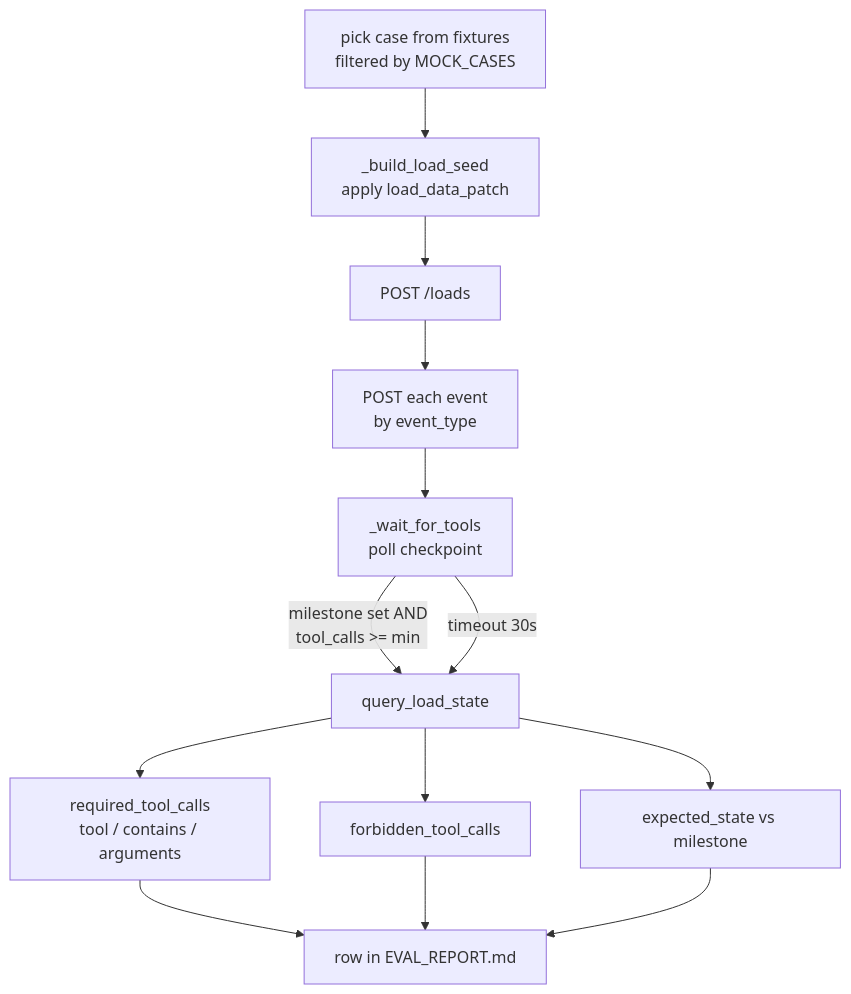
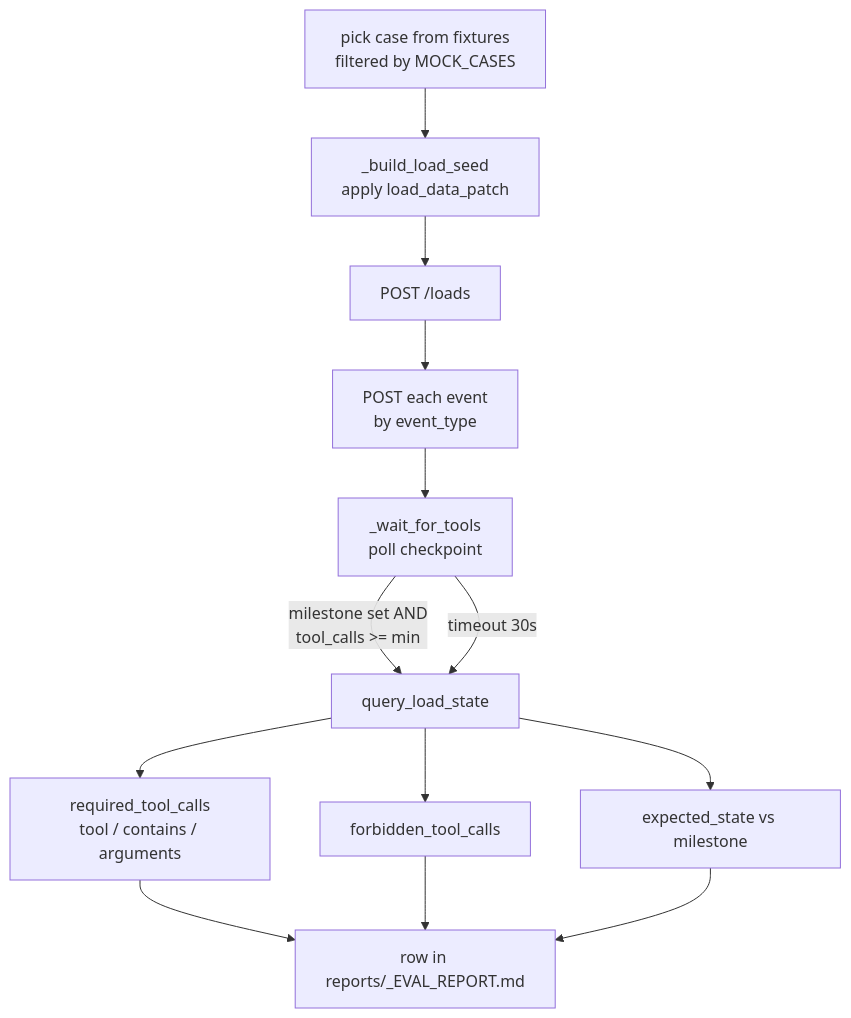
One commit to agualbbus/fh-challenge changed the second of 2 diagrams in evals/README.md. Above: the diagram before and after it, drawn with Mermaid. The commit also changed other lines of this file and 6 other files, not shown here.

````diff
--- a/evals/README.md
+++ b/evals/README.md
@@ -96,15 +96,15 @@
 ```mermaid
 flowchart TD
     pickCase["pick case from fixtures<br/>filtered by MOCK_CASES"] --> buildSeed["_build_load_seed<br/>apply load_data_patch"]
     buildSeed --> postLoads["POST /loads"]
     postLoads --> postEvents["POST each event<br/>by event_type"]
     postEvents --> wait["_wait_for_tools<br/>poll checkpoint"]
     wait -->|milestone set AND<br/>tool_calls >= min| read["query_load_state"]
     wait -->|timeout 30s| read
     read --> required["required_tool_calls<br/>tool / contains / arguments"]
     read --> forbidden["forbidden_tool_calls"]
     read --> state["expected_state vs milestone"]
-    required --> report["row in EVAL_REPORT.md"]
+    required --> report["row in reports/<timestamp>_EVAL_REPORT.md"]
     forbidden --> report
     state --> report
 ```
````
